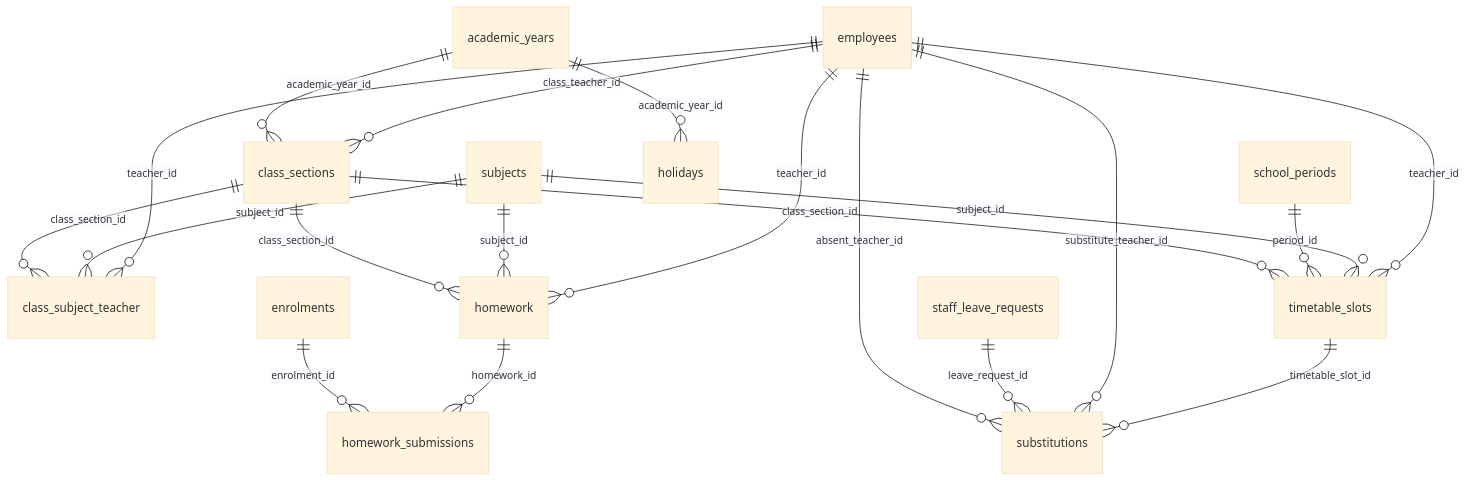
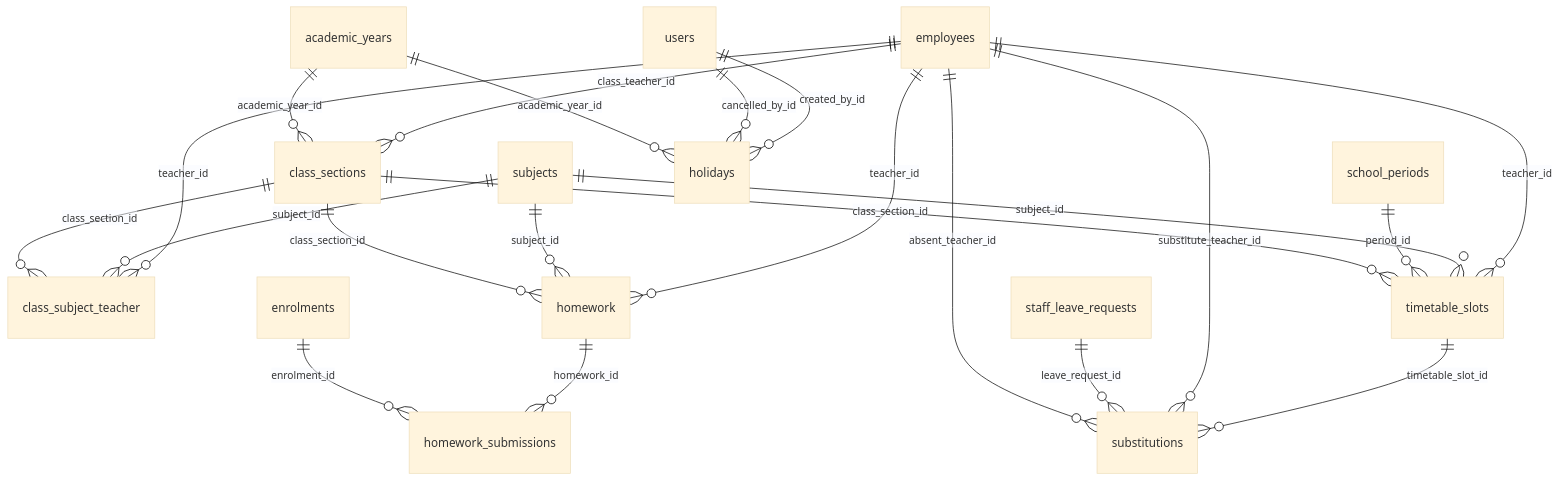
One commit to shivansh2277/School-management-system changed the fourth of 27 diagrams in docs/DATABASE.md. Above: the diagram before and after it, drawn with Mermaid (base theme). The commit also changed other lines of this file and 348 other files, not shown here.

````diff
--- a/docs/DATABASE.md
+++ b/docs/DATABASE.md
@@ -550,22 +565,24 @@
 ```mermaid
 erDiagram
     academic_years ||--o{ class_sections : "academic_year_id"
     employees ||--o{ class_sections : "class_teacher_id"
     class_sections ||--o{ class_subject_teacher : "class_section_id"
     subjects ||--o{ class_subject_teacher : "subject_id"
     employees ||--o{ class_subject_teacher : "teacher_id"
     class_sections ||--o{ timetable_slots : "class_section_id"
     school_periods ||--o{ timetable_slots : "period_id"
     subjects ||--o{ timetable_slots : "subject_id"
     employees ||--o{ timetable_slots : "teacher_id"
     employees ||--o{ substitutions : "absent_teacher_id"
     staff_leave_requests ||--o{ substitutions : "leave_request_id"
     employees ||--o{ substitutions : "substitute_teacher_id"
     timetable_slots ||--o{ substitutions : "timetable_slot_id"
     academic_years ||--o{ holidays : "academic_year_id"
+    users ||--o{ holidays : "cancelled_by_id"
+    users ||--o{ holidays : "created_by_id"
     class_sections ||--o{ homework : "class_section_id"
     subjects ||--o{ homework : "subject_id"
     employees ||--o{ homework : "teacher_id"
     enrolments ||--o{ homework_submissions : "enrolment_id"
     homework ||--o{ homework_submissions : "homework_id"
 ```
````
